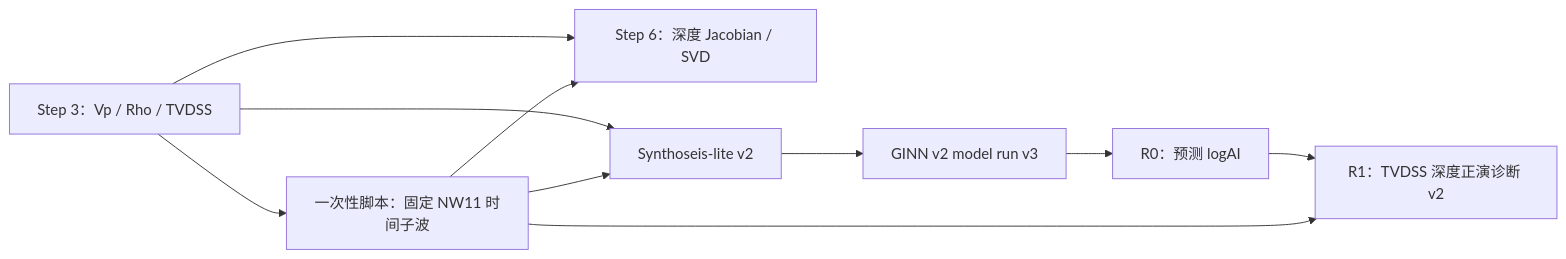
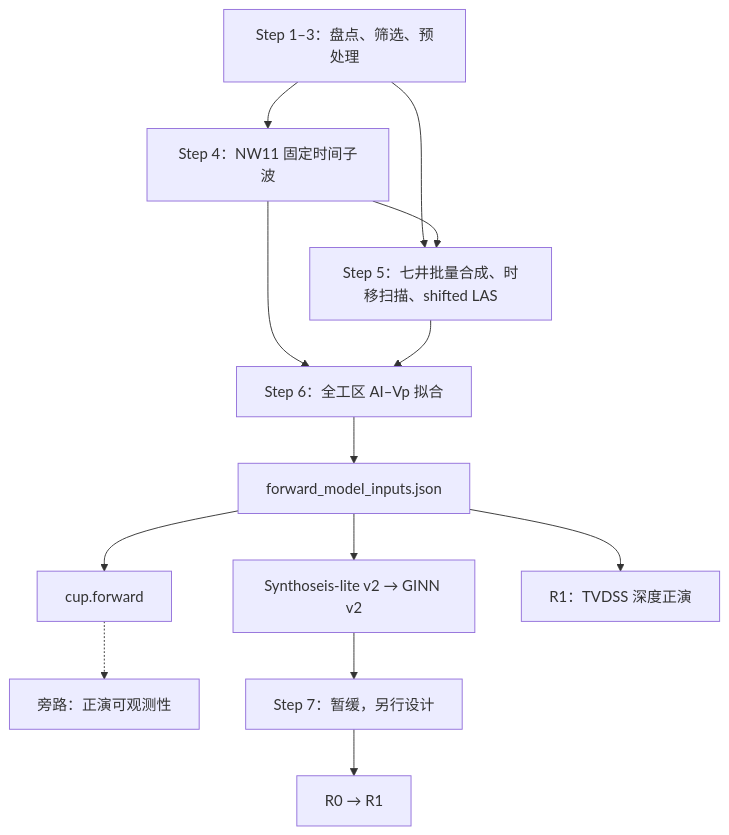
Before and after one commit to oimero/inversion_workflow: the diagram in docs/spec/DEPTH_DOMAIN_FORWARD_REFACTOR.md, drawn with Mermaid. The commit also changed other lines of this file and 21 other files, not shown here.

````diff
--- a/docs/spec/DEPTH_DOMAIN_FORWARD_REFACTOR.md
+++ b/docs/spec/DEPTH_DOMAIN_FORWARD_REFACTOR.md
@@ -385,12 +385,15 @@
 ```mermaid
-flowchart LR
-    A["Step 3：Vp / Rho / TVDSS"] --> B["一次性脚本：固定 NW11 时间子波"]
-    A --> F["Step 6：深度 Jacobian / SVD"]
-    B --> F
-    A --> G["Synthoseis-lite v2"]
-    B --> G
-    G --> H["GINN v2 model run v3"]
-    H --> I["R0：预测 logAI"]
-    I --> J["R1：TVDSS 深度正演诊断 v2"]
-    B --> J
+flowchart TD
+    A["Step 1–3：盘点、筛选、预处理"] --> B["Step 4：NW11 固定时间子波"]
+    A --> C["Step 5：七井批量合成、时移扫描、shifted LAS"]
+    B --> C
+    B --> D["Step 6：全工区 AI–Vp 拟合"]
+    C --> D
+    D --> E["forward_model_inputs.json"]
+    E --> F["cup.forward"]
+    E --> G["Synthoseis-lite v2 → GINN v2"]
+    E --> H["R1：TVDSS 深度正演"]
+    F -.-> P["旁路：正演可观测性"]
+    G --> S["Step 7：暂缓，另行设计"]
+    S --> R["R0 → R1"]
 ```
````
